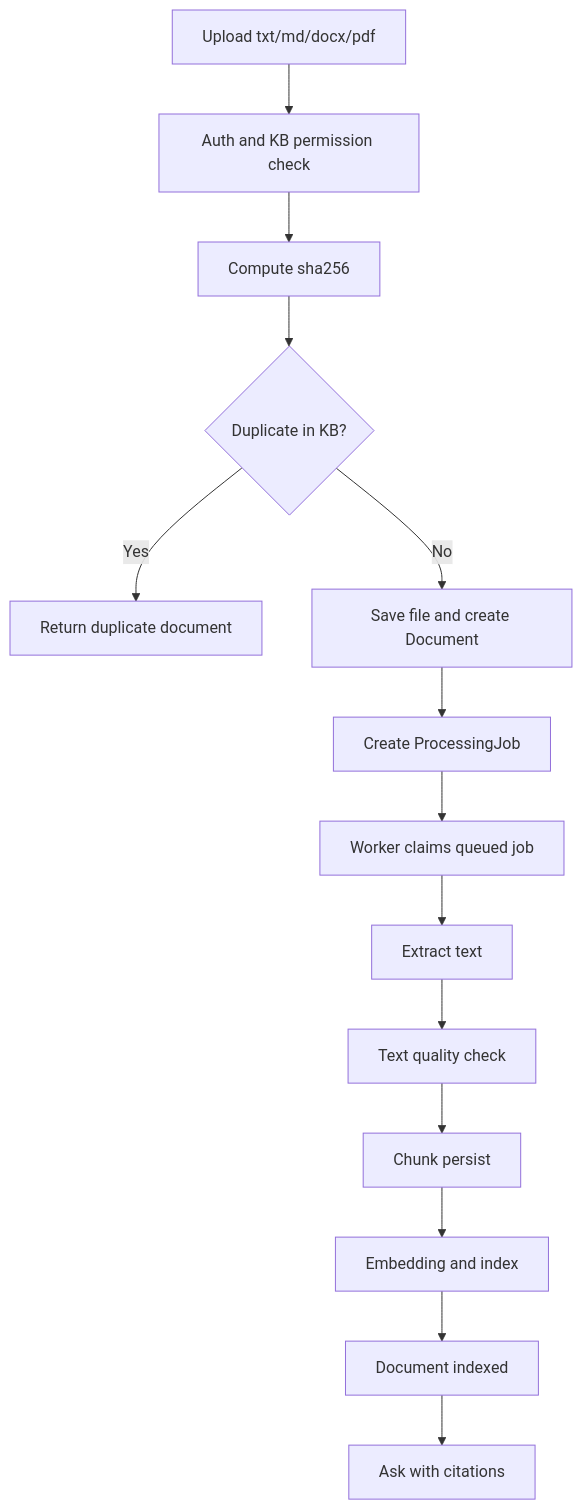
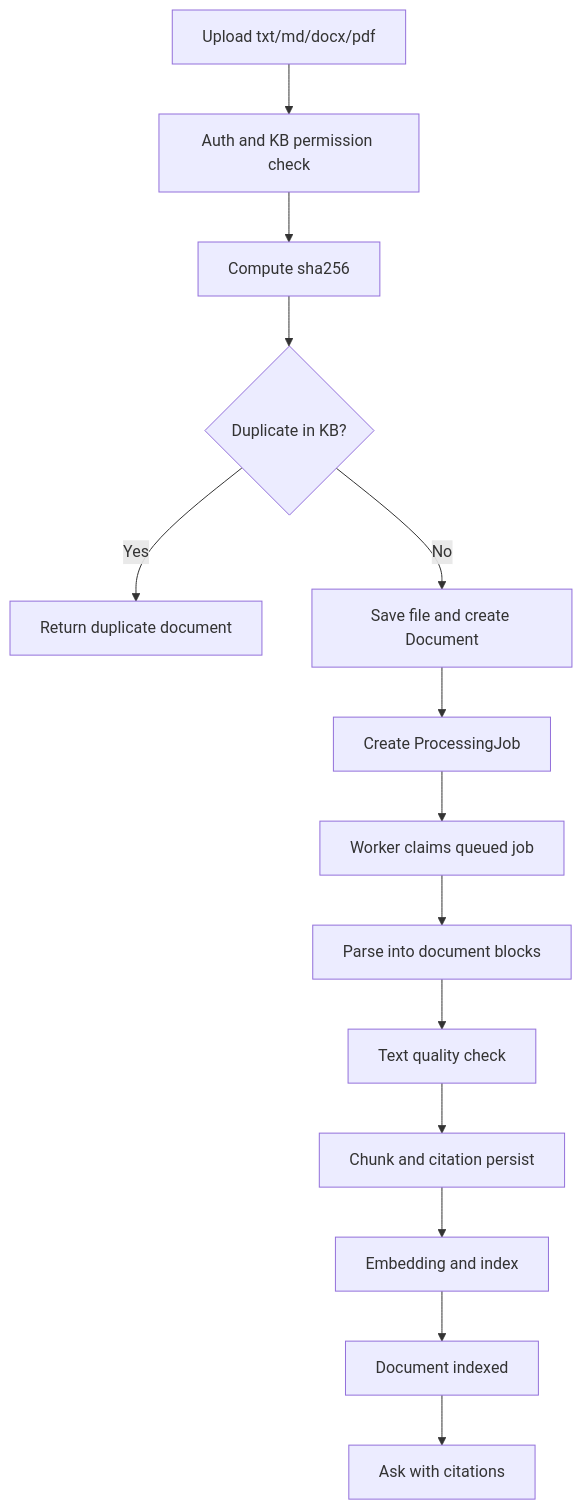
The second of 3 diagrams in README.md (pmk915/purelink), drawn with Mermaid before and after one commit. The commit also changed other lines of this file and 110 other files, not shown here.

First line of the commit message:
Add comprehensive tests for knowledge graph and retrieval services

````diff
--- a/README.md
+++ b/README.md
@@ -273,16 +354,16 @@
 ```mermaid
 flowchart TD
   A[Upload txt/md/docx/pdf] --> B[Auth and KB permission check]
   B --> C[Compute sha256]
   C --> D{Duplicate in KB?}
   D -->|Yes| E[Return duplicate document]
   D -->|No| F[Save file and create Document]
   F --> G[Create ProcessingJob]
   G --> H[Worker claims queued job]
-  H --> I[Extract text]
+  H --> I[Parse into document blocks]
   I --> J[Text quality check]
-  J --> K[Chunk persist]
+  J --> K[Chunk and citation persist]
   K --> L[Embedding and index]
   L --> M[Document indexed]
   M --> N[Ask with citations]
 ```
````
